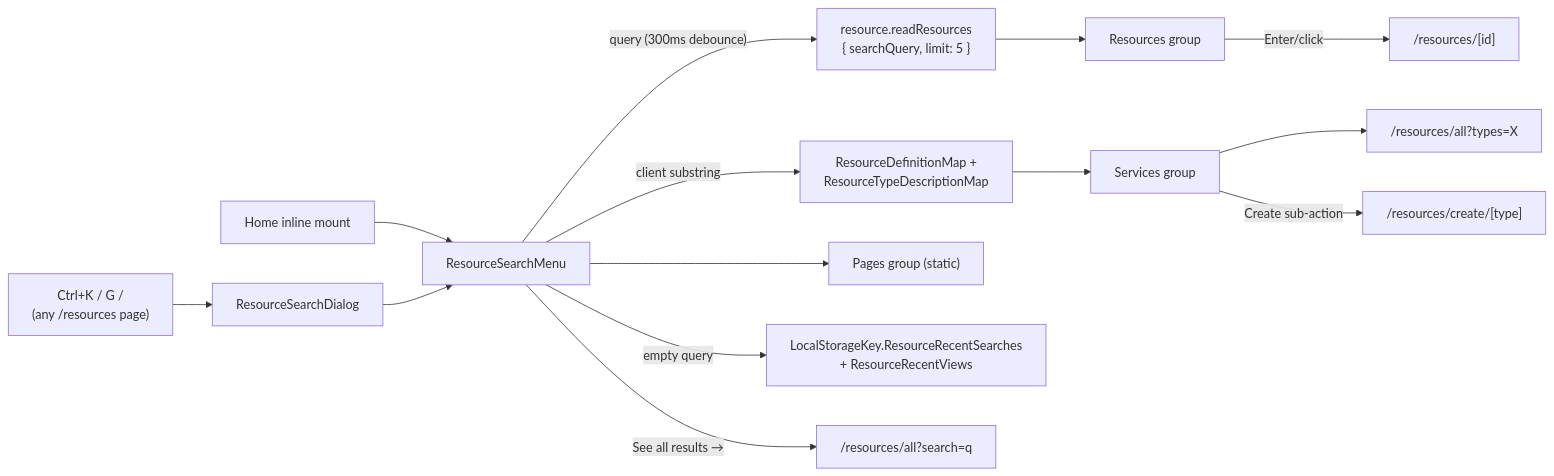
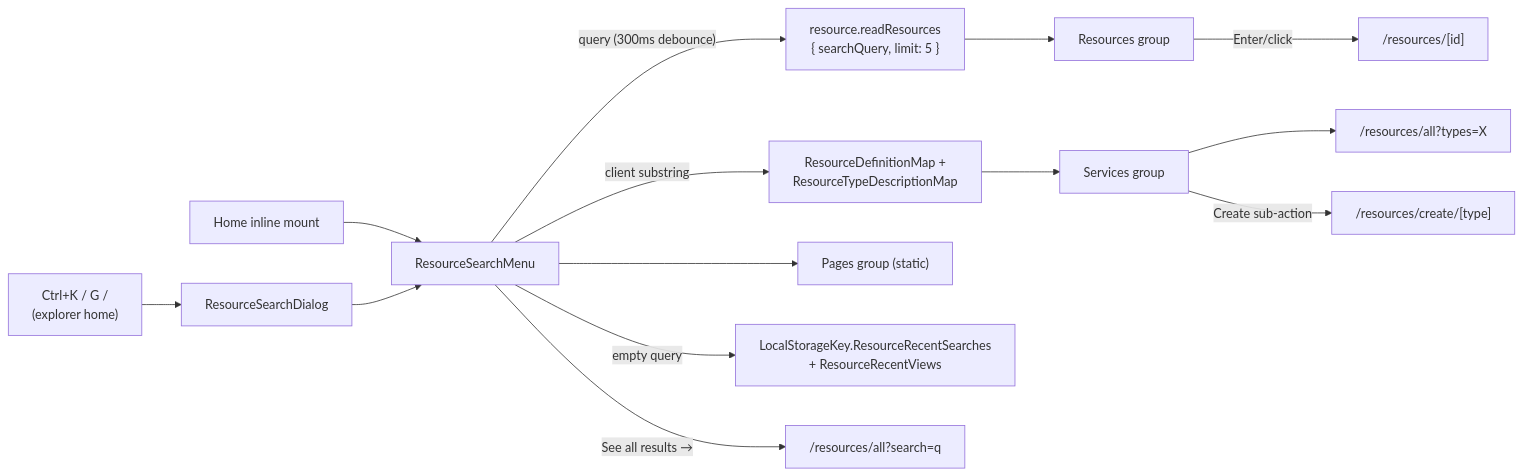
Before and after one commit to Esposter/Esposter: the diagram in packages/app/content/docs/platform/global-search.md, drawn with Mermaid. The commit also changed other lines of this file and 9 other files, not shown here.

````diff
--- a/packages/app/content/docs/platform/global-search.md
+++ b/packages/app/content/docs/platform/global-search.md
@@ -12,15 +12,15 @@
 ```mermaid
 flowchart LR
   HOME["Home inline mount"] --> SM["ResourceSearchMenu"]
-  CK["Ctrl+K / G /<br/>(any /resources page)"] --> DLG["ResourceSearchDialog"] --> SM
+  CK["Ctrl+K / G /<br/>(explorer home)"] --> DLG["ResourceSearchDialog"] --> SM
 
   SM -->|"query (300ms debounce)"| RR["resource.readResources<br/>{ searchQuery, limit: 5 }"] --> RG["Resources group"]
   SM -->|client substring| RDM["ResourceDefinitionMap +<br/>ResourceTypeDescriptionMap"] --> SG["Services group"]
   SM --> PG["Pages group (static)"]
   SM -->|empty query| LS["LocalStorageKey.ResourceRecentSearches<br/>+ ResourceRecentViews"]
 
   RG -->|Enter/click| RES["/resources/[id]"]
   SG --> ALLT["/resources/all?types=X"]
   SG -->|Create sub-action| CT["/resources/create/[type]"]
   SM -->|"See all results →"| ALL["/resources/all?search=q"]
 ```
````
